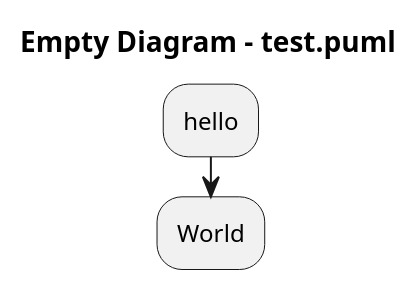
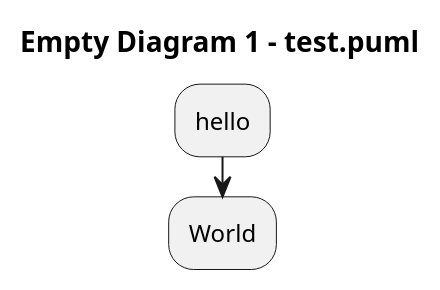
Before and after one commit to arwenvaughan/test1: the diagram in test.puml, drawn with PlantUML.

Commit message:
This commit was initiated from PlantText to edit the file test.puml only.

```diff
--- a/test.puml
+++ b/test.puml
@@ -1,7 +1,7 @@
 @startuml
 
-title Empty Diagram - test.puml
+title Empty Diagram 1 - test.puml
 :hello;
 :World;
 
 @enduml
```
